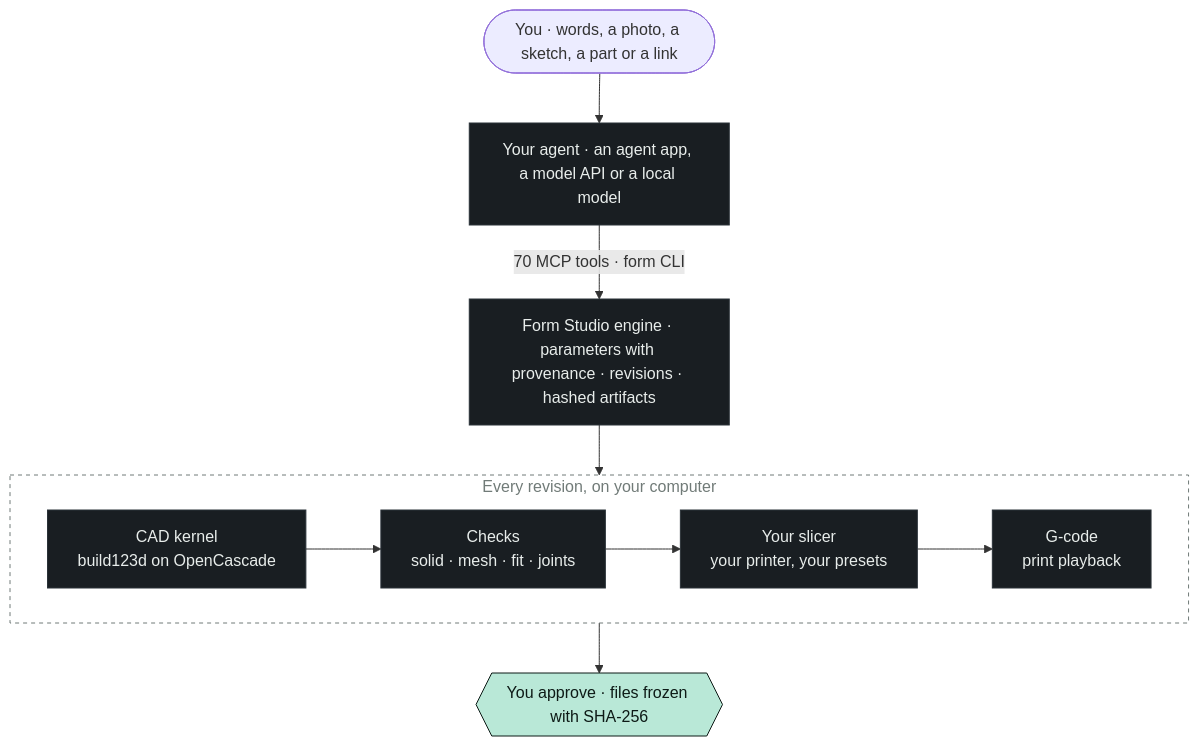
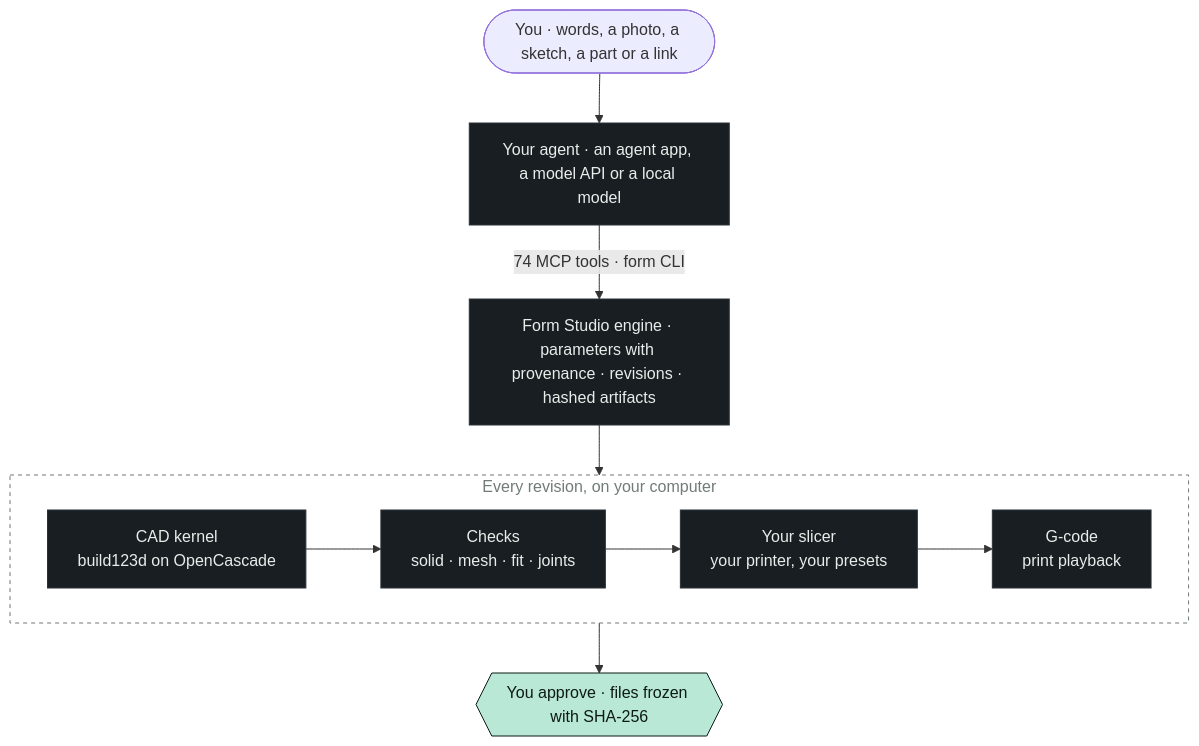
Before and after one commit to kaizensx/form-studio: the diagram in README.md, drawn with Mermaid. The commit also changed other lines of this file and 4 other files, not shown here.

Commit message:
README, docs and site for 12.3: every printer compared, screw bosses and snap hooks, turntable videos; 74 MCP tools

````diff
--- a/README.md
+++ b/README.md
@@ -195,19 +198,19 @@
 ```mermaid
 flowchart TB
   you(["You · words, a photo, a sketch, a part or a link"]) --> agent
-  agent["Your agent · an agent app, a model API or a local model"] -- "70 MCP tools · form CLI" --> engine
+  agent["Your agent · an agent app, a model API or a local model"] -- "74 MCP tools · form CLI" --> engine
   engine["Form Studio engine · parameters with provenance · revisions · hashed artifacts"]
   subgraph every["Every revision, on your computer"]
     direction LR
     kernel["CAD kernel<br/>build123d on OpenCascade"] --> checks["Checks<br/>solid · mesh · fit · joints"]
     checks --> slicer["Your slicer<br/>your printer, your presets"]
     slicer --> sim["G-code<br/>print playback"]
   end
   engine --> every
   every --> release{{"You approve · files frozen with SHA-256"}}
   classDef datum fill:#b9e8d7,stroke:#0d1a16,color:#0d1a16
   classDef plate fill:#191e22,stroke:#2a3238,color:#e8edeb
   class release datum
   class agent,engine,kernel,checks,slicer,sim plate
   style every fill:transparent,stroke:#717b78,stroke-dasharray:4 4,color:#717b78
 ```
````
